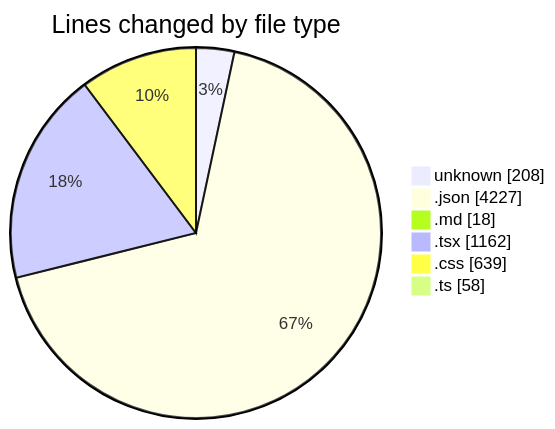
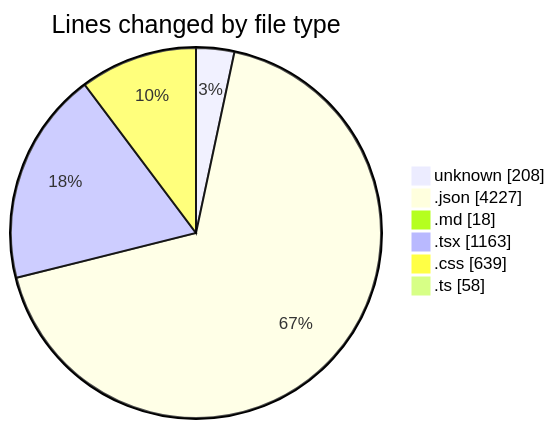
The first of 2 diagrams in 2025-08-07/ribbon/README.md (EIIisD/code-tracking), drawn with Mermaid before and after one commit. The commit also changed other lines of this file and 1 other file, not shown here.

````diff
--- a/2025-08-07/ribbon/README.md
+++ b/2025-08-07/ribbon/README.md
@@ -36,10 +36,10 @@
 ```mermaid
 pie showData
 title Lines changed by file type
 "unknown" : 208
 ".json" : 4227
 ".md" : 18
-".tsx" : 1162
+".tsx" : 1163
 ".css" : 639
 ".ts" : 58
 ```
````
